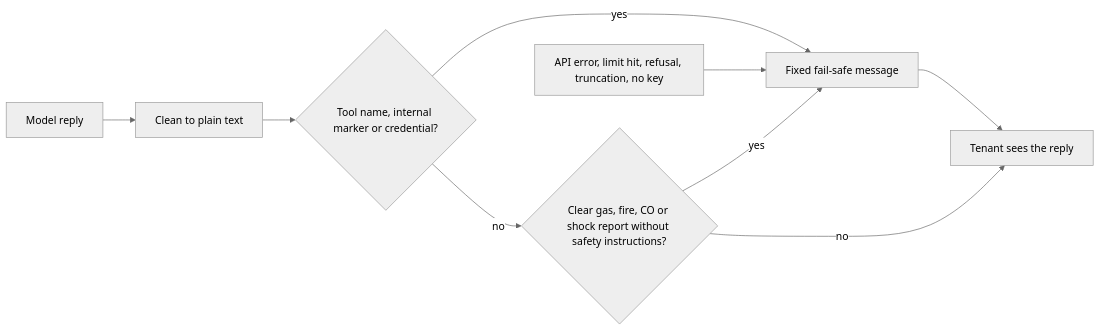
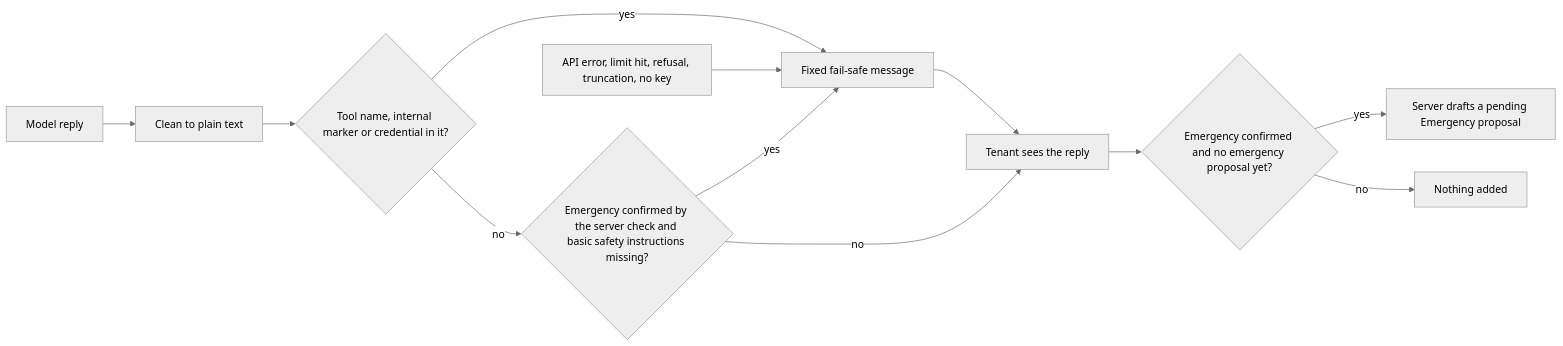
One commit to stavdayan-netizen/Dashboard-Practice changed the fourth of 6 diagrams in Architecture.md. Above: the diagram before and after it, drawn with Mermaid (neutral theme). The commit also changed other lines of this file and 5 other files, not shown here.

Commit message:
Docs: course submission - rewrite agent design in SPEC.md, add information-flow diagram, trigger and output to Architecture.md, bonus statement in README; rename SPEC.MD to SPEC.md

````diff
--- a/Architecture.md
+++ b/Architecture.md
@@ -108,11 +153,14 @@
 ```mermaid
 flowchart LR
   M["Model reply"] --> C["Clean to plain text"]
-  C --> L{"Tool name, internal marker or credential?"}
+  C --> L{"Tool name, internal marker or credential in it?"}
   L -- "yes" --> F["Fixed fail-safe message"]
-  L -- "no" --> E{"Clear gas, fire, CO or shock report without safety instructions?"}
+  L -- "no" --> E{"Emergency confirmed by the server check and basic safety instructions missing?"}
   E -- "yes" --> F
   E -- "no" --> T["Tenant sees the reply"]
   X["API error, limit hit, refusal, truncation, no key"] --> F
   F --> T
+  T --> P{"Emergency confirmed and no emergency proposal yet?"}
+  P -- "yes" --> Q["Server drafts a pending Emergency proposal"]
+  P -- "no" --> N["Nothing added"]
 ```
````
